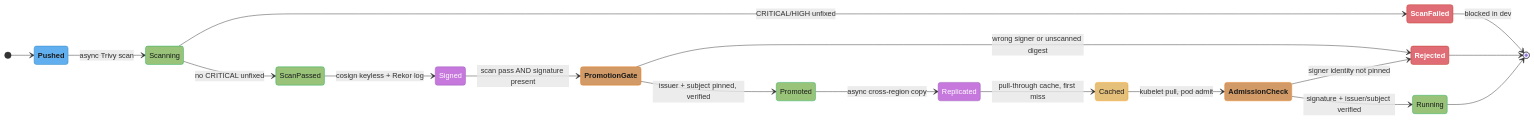
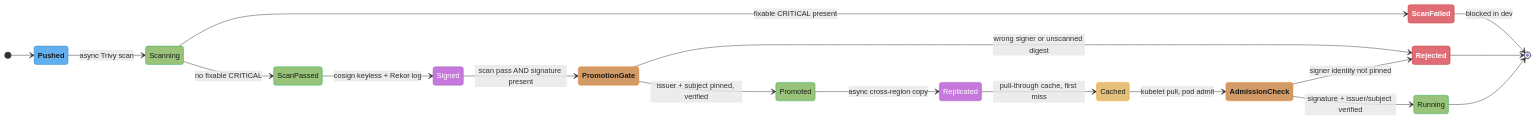
Before and after one commit to rppol/system-design: the third of 6 diagrams in src/main/java/com/rutik/systemdesign/devops/case_studies/design_container_registry.md, drawn with Mermaid. The commit also changed other lines of this file and 2 other files, not shown here.

First line of the commit message:
audit(devops): 3 case studies — a storage estimate 1000x too large, and a scan gate whose trigger could never fire

````diff
--- a/src/main/java/com/rutik/systemdesign/devops/case_studies/design_container_registry.md
+++ b/src/main/java/com/rutik/systemdesign/devops/case_studies/design_container_registry.md
@@ -254,35 +255,35 @@
 ```mermaid
 stateDiagram-v2
     direction LR
     classDef io      fill:#61afef,stroke:#2e86c1,color:#1a1a1a,font-weight:bold
     classDef frozen  fill:#c678dd,stroke:#9b59b6,color:#fff
     classDef train   fill:#98c379,stroke:#27ae60,color:#1a1a1a
     classDef mathOp  fill:#d19a66,stroke:#e67e22,color:#1a1a1a,font-weight:bold
     classDef lossN   fill:#e06c75,stroke:#c0392b,color:#fff,font-weight:bold
     classDef req     fill:#56b6c2,stroke:#0097a7,color:#1a1a1a
     classDef base    fill:#e5c07b,stroke:#f39c12,color:#1a1a1a
 
     [*] --> Pushed
     Pushed --> Scanning: async Trivy scan
-    Scanning --> ScanFailed: CRITICAL/HIGH unfixed
-    Scanning --> ScanPassed: no CRITICAL unfixed
+    Scanning --> ScanFailed: fixable CRITICAL present
+    Scanning --> ScanPassed: no fixable CRITICAL
     ScanFailed --> [*]: blocked in dev
     ScanPassed --> Signed: cosign keyless + Rekor log
     Signed --> PromotionGate: scan pass AND signature present
     PromotionGate --> Rejected: wrong signer or unscanned digest
     PromotionGate --> Promoted: issuer + subject pinned, verified
     Promoted --> Replicated: async cross-region copy
     Replicated --> Cached: pull-through cache, first miss
     Cached --> AdmissionCheck: kubelet pull, pod admit
     AdmissionCheck --> Rejected: signer identity not pinned
     AdmissionCheck --> Running: signature + issuer/subject verified
     Rejected --> [*]
     Running --> [*]
 
     class Pushed io
     class Scanning,ScanPassed,Promoted,Running train
     class Signed,Replicated frozen
     class Cached base
     class PromotionGate,AdmissionCheck mathOp
     class ScanFailed,Rejected lossN
 ```
````
